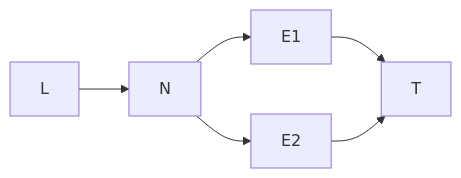
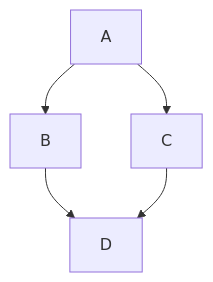
The second of 2 diagrams in estudo/06_padroes_de_paralelismo.md (HerikDR/estudo-comp-escalavel), drawn with Mermaid before and after one commit. The commit also changed other lines of this file and 10 other files, not shown here.

````diff
--- a/estudo/06_padroes_de_paralelismo.md
+++ b/estudo/06_padroes_de_paralelismo.md
@@ -811,5 +82,7 @@
 ```mermaid
-flowchart LR
-    L --> N --> E1 --> T
-    N --> E2 --> T
+flowchart TD
+    A --> B
+    A --> C
+    B --> D
+    C --> D
 ```
````
